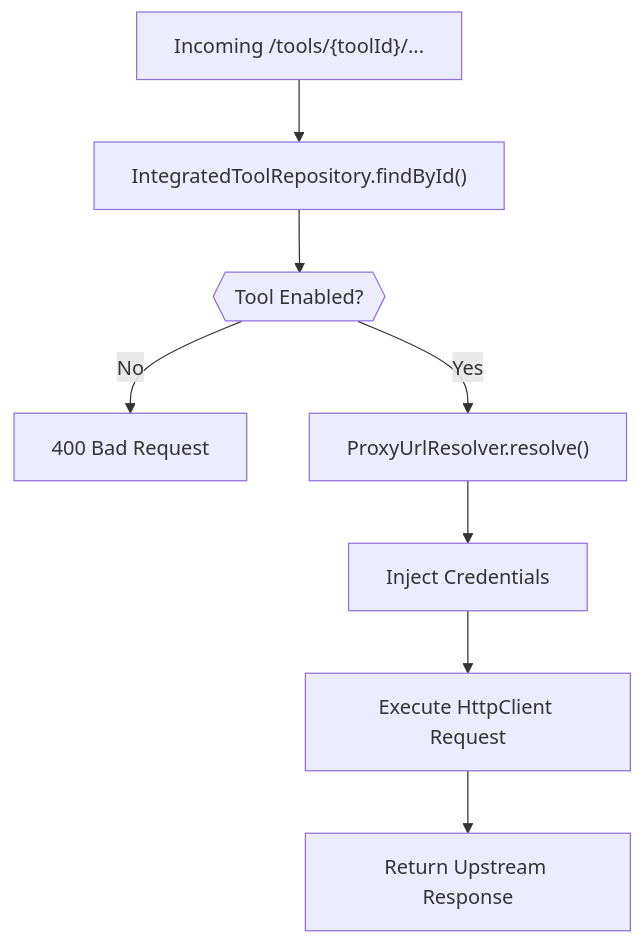
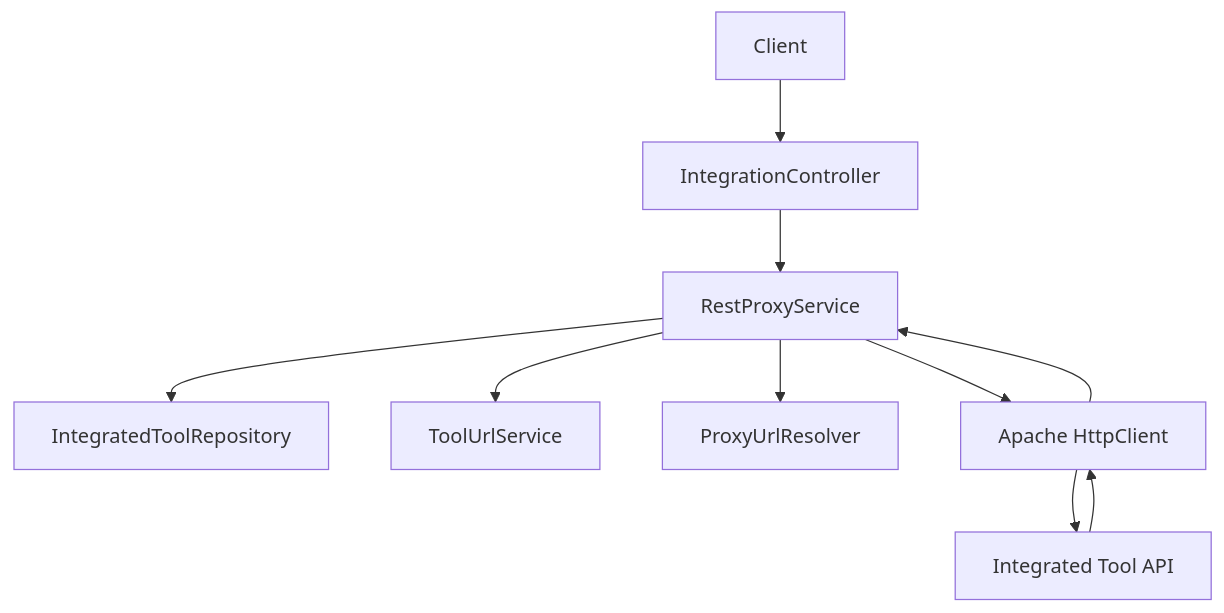
The seventh of 8 diagrams in docs/architecture/external-api-service-core/external-api-service-core.md (Praesto-Pro/openframe-oss-tenant), drawn with Mermaid before and after one commit. The commit also changed other lines of this file and 174 other files, not shown here.

````diff
--- a/docs/architecture/external-api-service-core/external-api-service-core.md
+++ b/docs/architecture/external-api-service-core/external-api-service-core.md
@@ -311,10 +323,14 @@
 ```mermaid
 flowchart TD
-    Start["Incoming /tools/{toolId}/..."] --> FindTool["IntegratedToolRepository.findById()"]
-    FindTool --> CheckEnabled{{"Tool Enabled?"}}
-    CheckEnabled -->|"No"| Reject["400 Bad Request"]
-    CheckEnabled -->|"Yes"| Resolve["ProxyUrlResolver.resolve()"]
-    Resolve --> Headers["Inject Credentials"]
-    Headers --> HttpCall["Execute HttpClient Request"]
-    HttpCall --> ReturnResp["Return Upstream Response"]
+    Client --> IntegrationController
+    IntegrationController --> RestProxyService
+
+    RestProxyService --> ToolRepository["IntegratedToolRepository"]
+    RestProxyService --> ToolUrlService
+    RestProxyService --> ProxyUrlResolver
+
+    RestProxyService --> HttpClient["Apache HttpClient"]
+    HttpClient --> ExternalToolAPI["Integrated Tool API"]
+    ExternalToolAPI --> HttpClient
+    HttpClient --> RestProxyService
 ```
````
